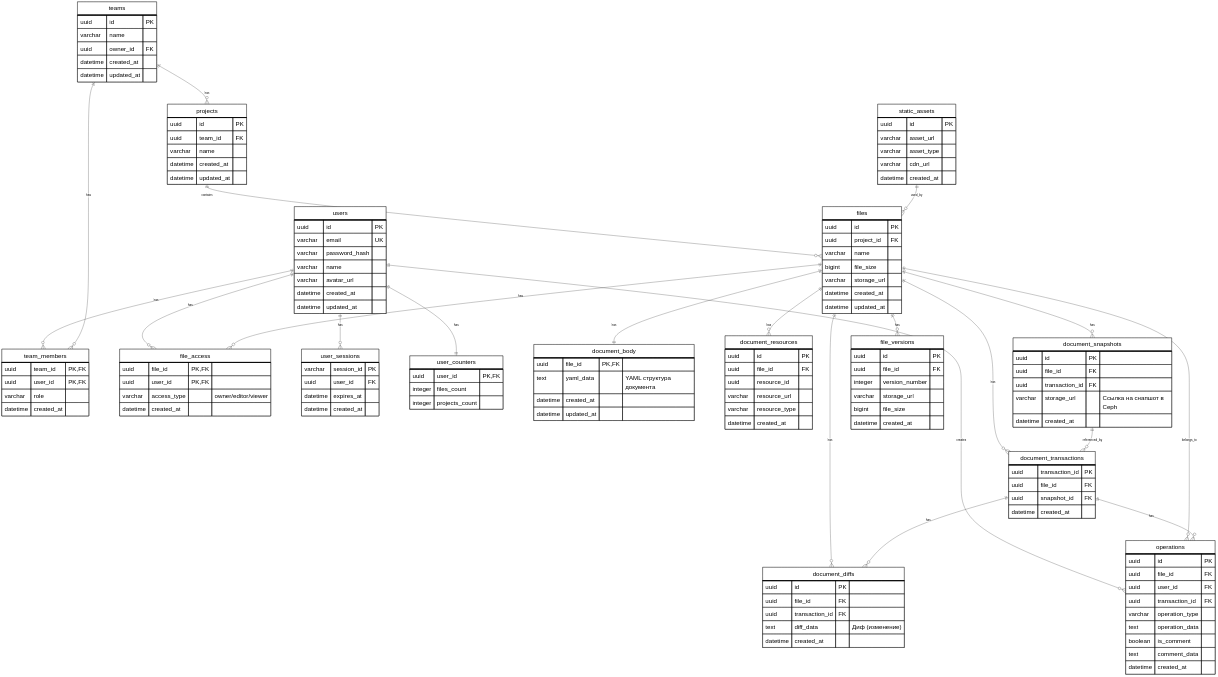
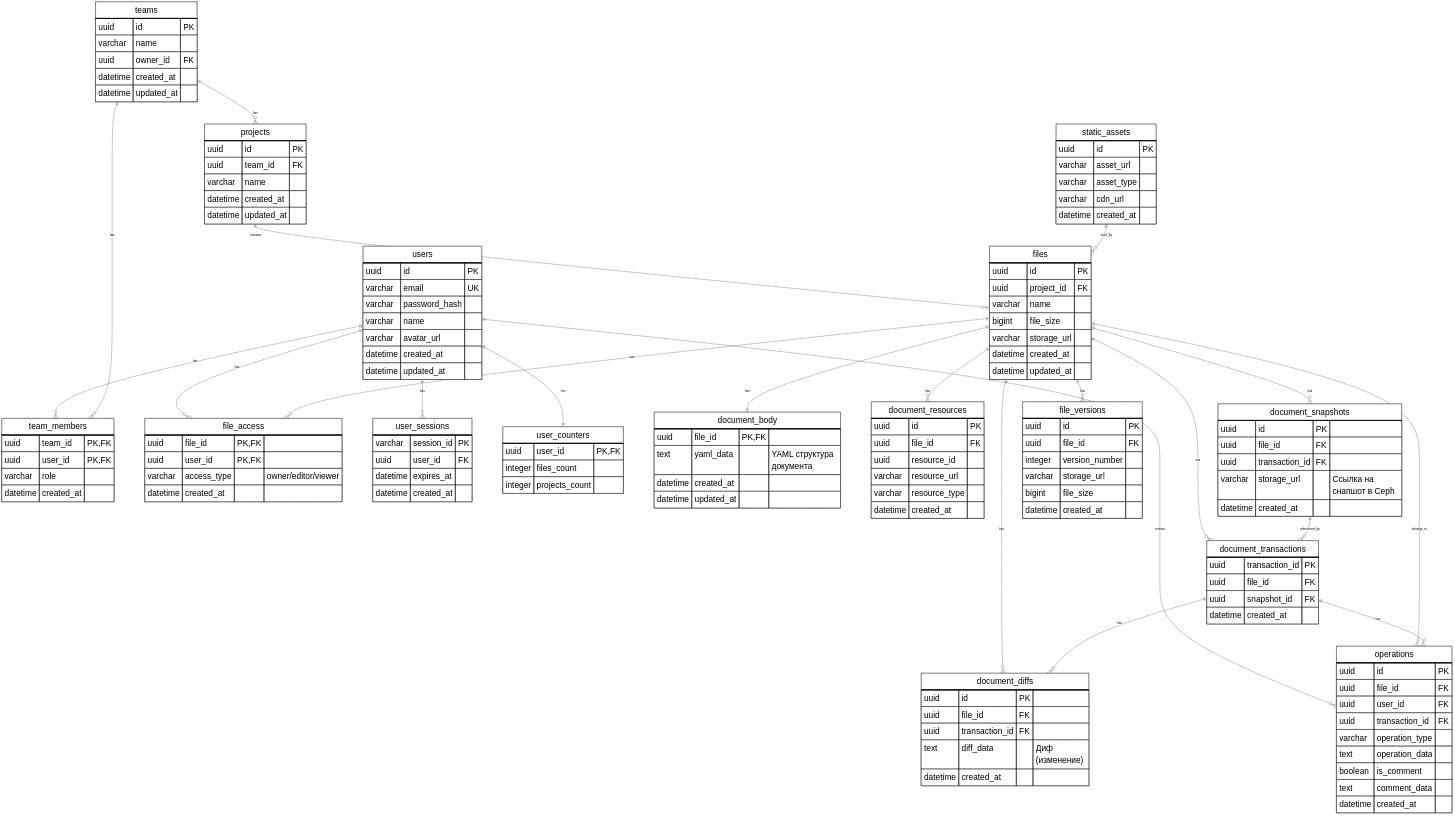
The first of 3 diagrams in README.md (alx314vo/highload_figma), drawn with Mermaid before and after one commit. The commit also changed other lines of this file, not shown here.

````diff
--- a/README.md
+++ b/README.md
@@ -213,5 +213,5 @@
 ```mermaid
-%%{init: {'theme':'base', 'themeVariables': { 'fontSize': '28px', 'primaryColor': '#fff', 'primaryTextColor': '#000', 'primaryBorderColor': '#000', 'lineColor': '#000', 'secondaryColor': '#f4f4f4', 'tertiaryColor': '#fff', 'cScale0': '#fff', 'cScale1': '#fff', 'cScale2': '#fff'}}}%%
+%%{init: {'theme':'base', 'themeVariables': { 'fontSize': '38px', 'primaryColor': '#fff', 'primaryTextColor': '#000', 'primaryBorderColor': '#000', 'lineColor': '#000', 'secondaryColor': '#f4f4f4', 'tertiaryColor': '#fff', 'cScale0': '#fff', 'cScale1': '#fff', 'cScale2': '#fff'}}}%%
 erDiagram
     users ||--o{ team_members : "has"
     users ||--o{ file_access : "has"
````
